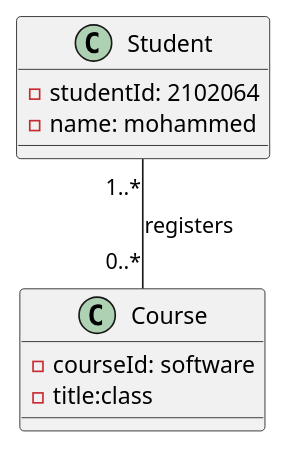
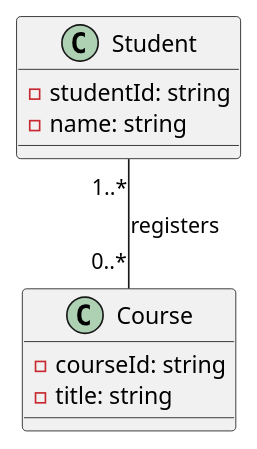
Before and after one commit to MTC-MOHAMMED-ALjabri/MTC.MOHAMMED: the diagram in uml/class.puml, drawn with PlantUML.

```diff
--- a/uml/class.puml
+++ b/uml/class.puml
@@ -1,13 +1,13 @@
 @startuml
 class Student {
-  - studentId: 2102064
-  - name: mohammed
+  - studentId: string
+  - name: string
 }
 
 class Course {
-  - courseId: software
-  - title:class
+  - courseId: string
+  - title: string
 }
 
 Student "1..*" -- "0..*" Course : registers
 @enduml
```
